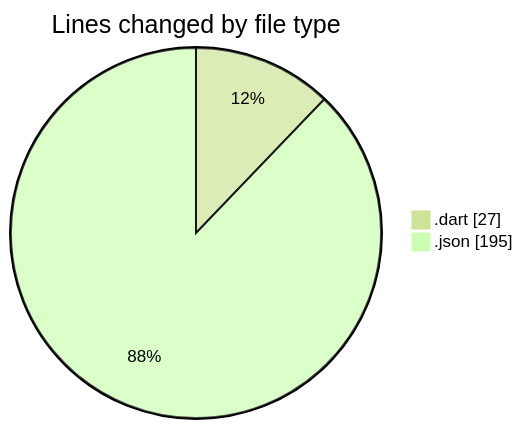
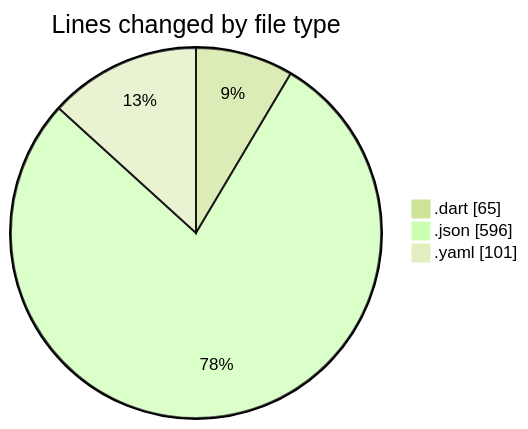
The first of 2 diagrams in 2025-02-21/uber_clone/README.md (donsfak/code-tracking), drawn with Mermaid (forest theme) before and after one commit. The commit also changed other lines of this file and 1 other file, not shown here.

````diff
--- a/2025-02-21/uber_clone/README.md
+++ b/2025-02-21/uber_clone/README.md
@@ -21,6 +25,7 @@
 ```mermaid
 pie showData
 title Lines changed by file type
-".dart" : 27
-".json" : 195
+".dart" : 65
+".json" : 596
+".yaml" : 101
 ```
````
